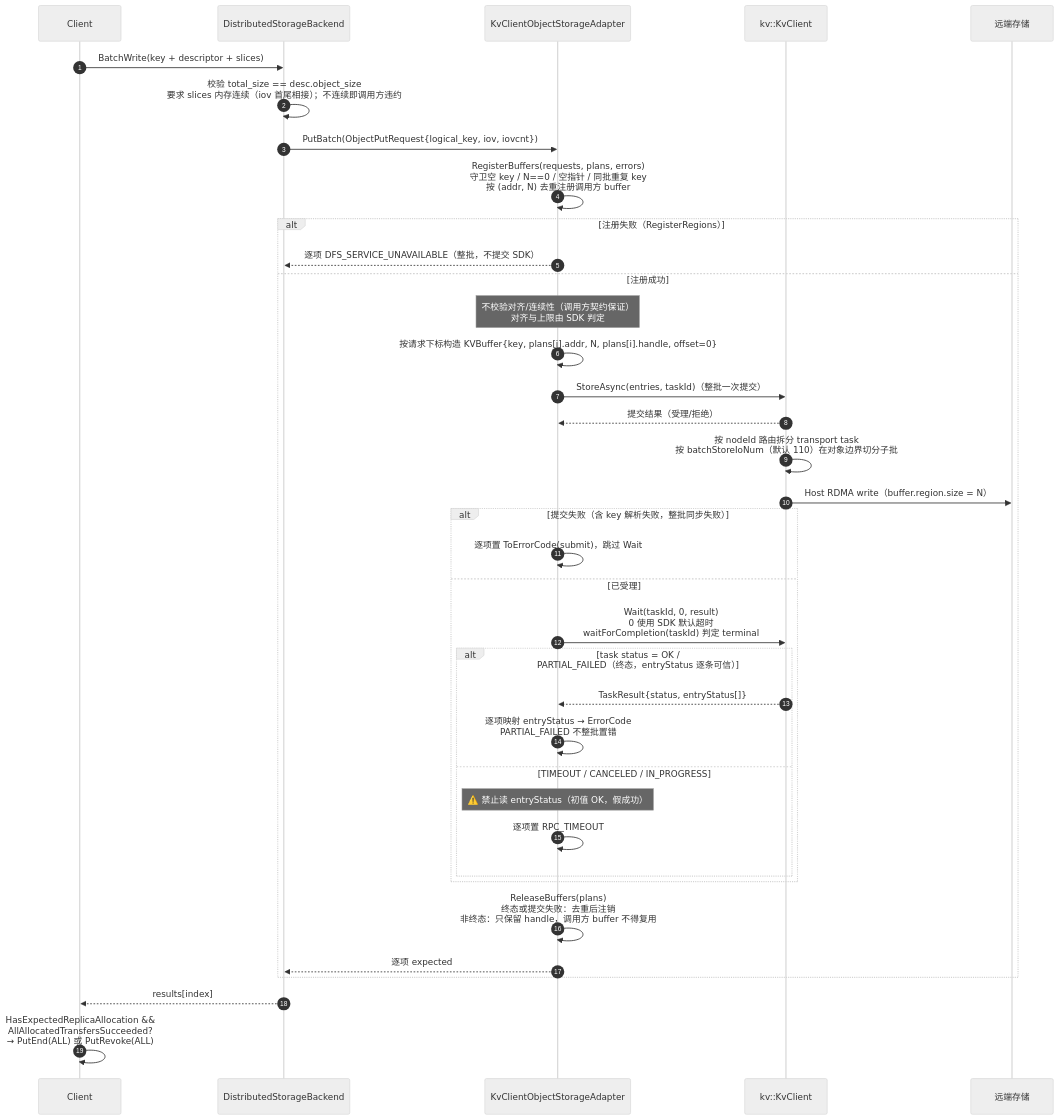
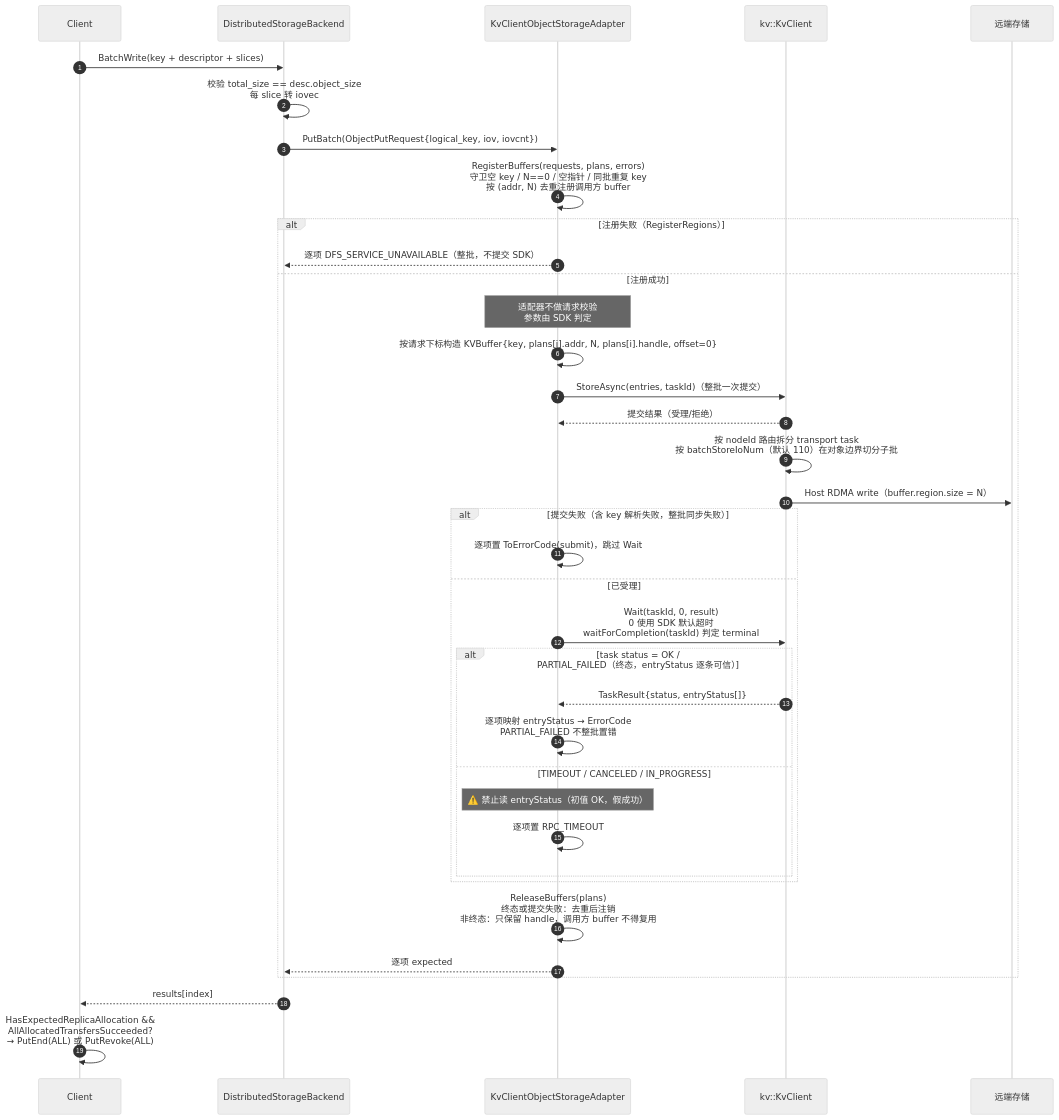
Before and after one commit to zwj20000328-dotcom/Mooncake-documents: the ninth of 13 diagrams in Mooncake + KVClient L3 接入（Kvcs）- v3.md, drawn with Mermaid (neutral theme). The commit also changed other lines of this file and 2 other files, not shown here.

Commit message:
docs: leave validation and timeout to the kvclient SDK

````diff
--- a/Mooncake + KVClient L3 接入（Kvcs）- v3.md
+++ b/Mooncake + KVClient L3 接入（Kvcs）- v3.md
@@ -600,40 +599,40 @@
 ```mermaid
 sequenceDiagram
     autonumber
     participant C as Client
     participant BE as DistributedStorageBackend
     participant AD as KvClientObjectStorageAdapter
     participant SDK as kv::KvClient
     participant S as 远端存储
 
     C->>BE: BatchWrite(key + descriptor + slices)
-    BE->>BE: 校验 total_size == desc.object_size<br/>要求 slices 内存连续（iov 首尾相接）；不连续即调用方违约
+    BE->>BE: 校验 total_size == desc.object_size<br/>每 slice 转 iovec
     BE->>AD: PutBatch(ObjectPutRequest{logical_key, iov, iovcnt})
     AD->>AD: RegisterBuffers(requests, plans, errors)<br/>守卫空 key / N==0 / 空指针 / 同批重复 key<br/>按 (addr, N) 去重注册调用方 buffer
     alt 注册失败（RegisterRegions）
         AD-->>BE: 逐项 DFS_SERVICE_UNAVAILABLE（整批，不提交 SDK）
     else 注册成功
-        Note over AD: 不校验对齐/连续性（调用方契约保证）<br/>对齐与上限由 SDK 判定
+        Note over AD: 适配器不做请求校验<br/>参数由 SDK 判定
         AD->>AD: 按请求下标构造 KVBuffer{key, plans[i].addr, N, plans[i].handle, offset=0}
         AD->>SDK: StoreAsync(entries, taskId)（整批一次提交）
         SDK-->>AD: 提交结果（受理/拒绝）
         SDK->>SDK: 按 nodeId 路由拆分 transport task<br/>按 batchStoreIoNum（默认 110）在对象边界切分子批
         SDK->>S: Host RDMA write（buffer.region.size = N）
         alt 提交失败（含 key 解析失败，整批同步失败）
             AD->>AD: 逐项置 ToErrorCode(submit)，跳过 Wait
         else 已受理
             AD->>SDK: Wait(taskId, 0, result)<br/>0 使用 SDK 默认超时<br/>waitForCompletion(taskId) 判定 terminal
             alt task status = OK / PARTIAL_FAILED（终态，entryStatus 逐条可信）
                 SDK-->>AD: TaskResult{status, entryStatus[]}
                 AD->>AD: 逐项映射 entryStatus → ErrorCode<br/>PARTIAL_FAILED 不整批置错
             else TIMEOUT / CANCELED / IN_PROGRESS
                 Note over AD: ⚠️ 禁止读 entryStatus（初值 OK，假成功）
                 AD->>AD: 逐项置 RPC_TIMEOUT
             end
         end
         AD->>AD: ReleaseBuffers(plans)<br/>终态或提交失败：去重后注销<br/>非终态：只保留 handle，调用方 buffer 不得复用
         AD-->>BE: 逐项 expected
     end
     BE-->>C: results[index]
     C->>C: HasExpectedReplicaAllocation &&<br/>AllAllocatedTransfersSucceeded?<br/>→ PutEnd(ALL) 或 PutRevoke(ALL)
 ```
````
